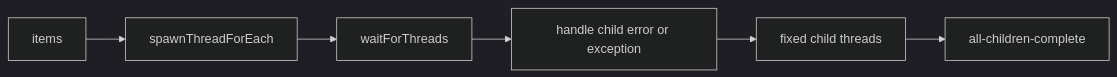
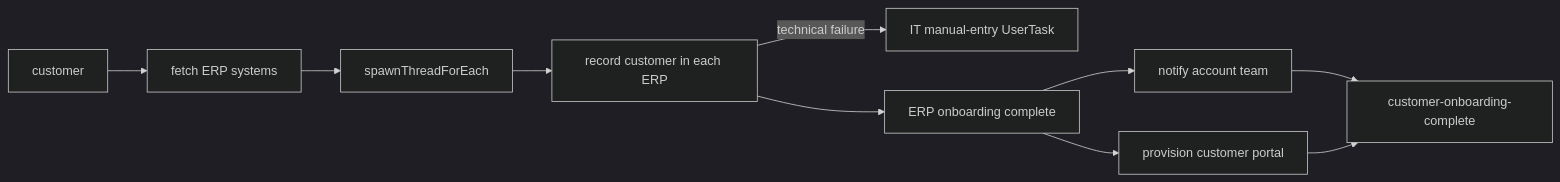
Before and after one commit to littlehorse-enterprises/lh-developer-hub: the diagram in examples/lh-server/java/30-child-threads/README.md, drawn with Mermaid (dark theme). The commit also changed other lines of this file and 3 other files, not shown here.

Commit message:
feat: improve business meaning of child threads workflow

````diff
--- a/examples/lh-server/java/30-child-threads/README.md
+++ b/examples/lh-server/java/30-child-threads/README.md
@@ -14,8 +10,12 @@
 ```mermaid
 flowchart LR
-    A[items] --> B[spawnThreadForEach]
-    B --> C[waitForThreads]
-    C --> D[handle child error or exception]
-    D --> E[fixed child threads]
-    E --> F[all-children-complete]
+    A[customer] --> B[fetch ERP systems]
+    B --> C[spawnThreadForEach]
+    C --> D[record customer in each ERP]
+    D -->|technical failure| E[IT manual-entry UserTask]
+    D --> F[ERP onboarding complete]
+    F --> G[notify account team]
+    F --> H[provision customer portal]
+    G --> I[customer-onboarding-complete]
+    H --> I
 ```
````
